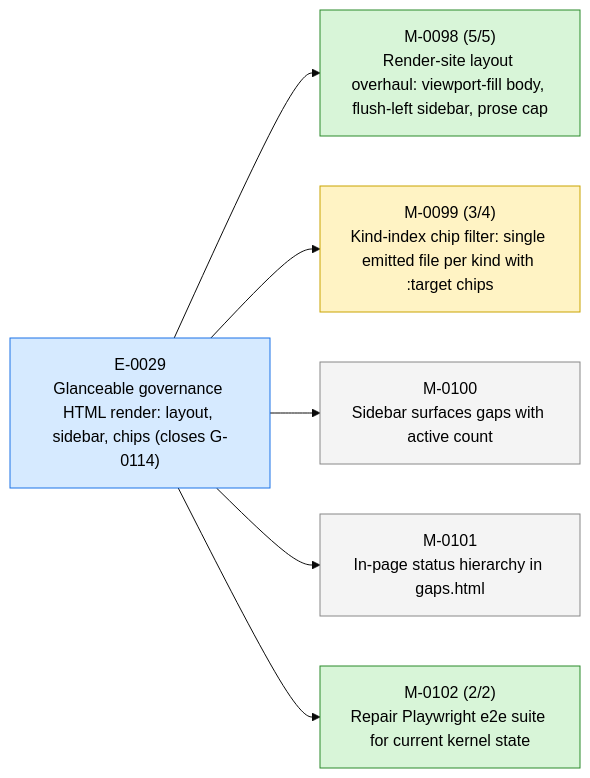
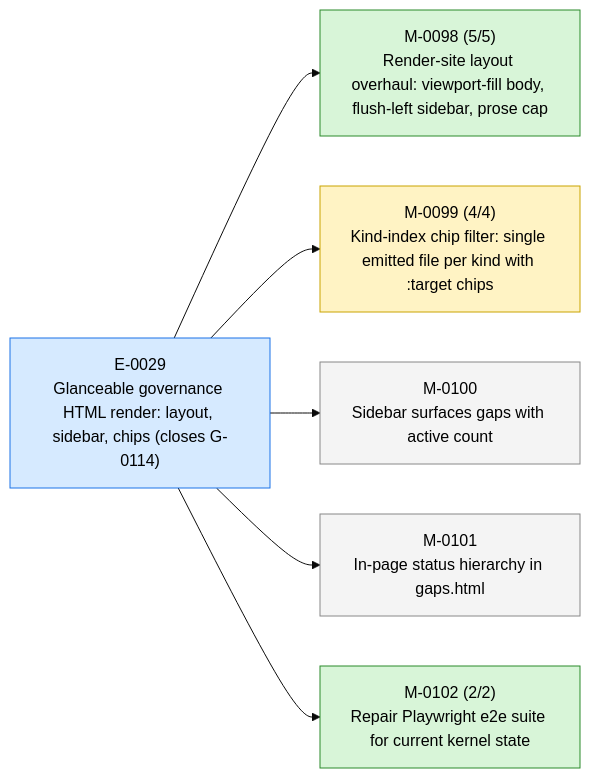
Before and after one commit to 23min/aiwf: the first of 3 diagrams in STATUS.md, drawn with Mermaid (base theme). The commit also changed other lines of this file and 1 other file, not shown here.

````diff
--- a/STATUS.md
+++ b/STATUS.md
@@ -17,20 +17,20 @@
 ```mermaid
 flowchart LR
   E_0029["E-0029<br/>Glanceable governance HTML render: layout, sidebar, chips (closes G-0114)"]:::epic_active
   M_0098["M-0098 (5/5)<br/>Render-site layout overhaul: viewport-fill body, flush-left sidebar, prose cap"]:::ms_done
   E_0029 --> M_0098
-  M_0099["M-0099 (3/4)<br/>Kind-index chip filter: single emitted file per kind with :target chips"]:::ms_in_progress
+  M_0099["M-0099 (4/4)<br/>Kind-index chip filter: single emitted file per kind with :target chips"]:::ms_in_progress
   E_0029 --> M_0099
   M_0100["M-0100<br/>Sidebar surfaces gaps with active count"]:::ms_draft
   E_0029 --> M_0100
   M_0101["M-0101<br/>In-page status hierarchy in gaps.html"]:::ms_draft
   E_0029 --> M_0101
   M_0102["M-0102 (2/2)<br/>Repair Playwright e2e suite for current kernel state"]:::ms_done
   E_0029 --> M_0102
   classDef epic_active fill:#d6eaff,stroke:#1a73e8,color:#000
   classDef epic_proposed fill:#f4f4f4,stroke:#888,color:#000
   classDef ms_done fill:#d8f5d8,stroke:#2a8a2a,color:#000
   classDef ms_in_progress fill:#fff3c4,stroke:#caa400,color:#000
   classDef ms_draft fill:#f4f4f4,stroke:#888,color:#000
   classDef ms_cancelled fill:#fbeaea,stroke:#c33,color:#000
 ```
````
